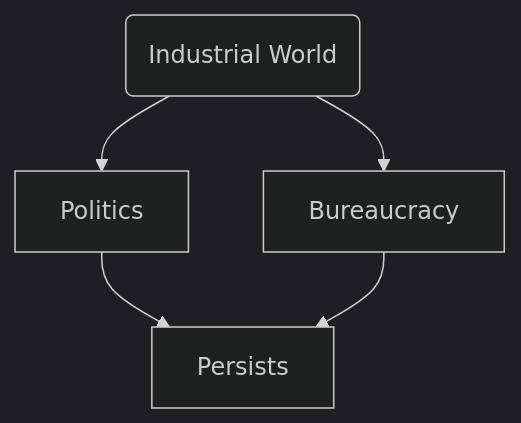
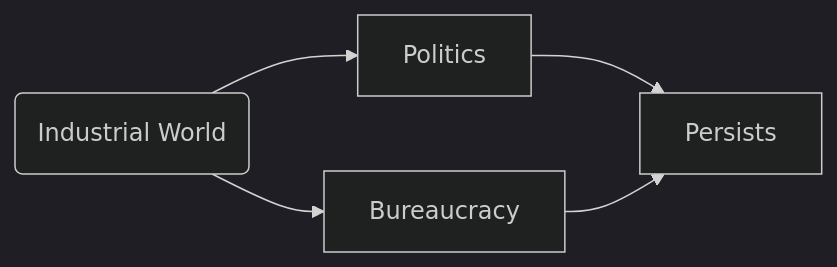
Before and after one commit to serhatbe/continuum: the second of 2 diagrams in posts/2023-June-13/index.qmd, drawn with Mermaid (dark theme). The commit also changed other lines of this file and 32 other files, not shown here.

````diff
--- a/posts/2023-June-13/index.qmd
+++ b/posts/2023-June-13/index.qmd
@@ -56,7 +56,7 @@
 ```{mermaid}
-graph TD;
+graph LR;
     id1(Industrial World)-->Politics;
     id1(Industrial World)-->Bureaucracy;
     Politics-->Persists;
     Bureaucracy-->Persists;
 ```
````
